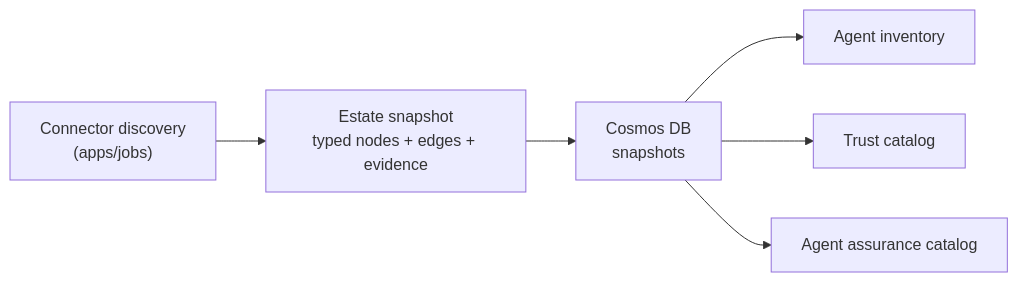
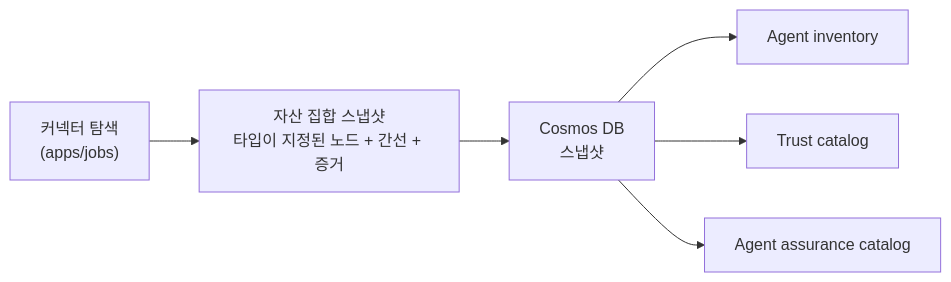
One commit to YOONPYOGitHub/agent-sentinel changed the first of 2 diagrams in docs/product-overview.md. Above: the diagram before and after it, drawn with Mermaid. The commit also changed other lines of this file and 9 other files, not shown here.

````diff
--- a/docs/product-overview.md
+++ b/docs/product-overview.md
@@ -53,8 +59,8 @@
 ```mermaid
 flowchart LR
-    A["Connector discovery<br/>(apps/jobs)"] --> B["Estate snapshot<br/>typed nodes + edges + evidence"]
-    B --> C["Cosmos DB<br/>snapshots"]
+    A["커넥터 탐색<br/>(apps/jobs)"] --> B["자산 집합 스냅샷<br/>타입이 지정된 노드 + 간선 + 증거"]
+    B --> C["Cosmos DB<br/>스냅샷"]
     C --> D["Agent inventory"]
     C --> E["Trust catalog"]
     C --> F["Agent assurance catalog"]
 ```
````
